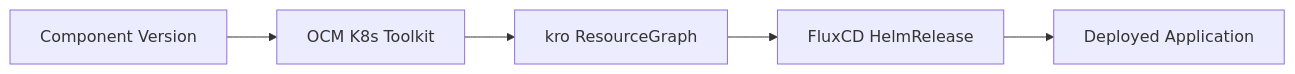
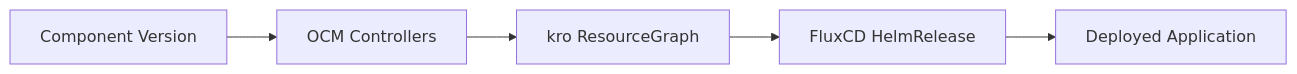
The diagram in content/docs/getting-started/deploy-helm-chart.md (open-component-model/ocm-website), drawn with Mermaid before and after one commit. The commit also changed other lines of this file and 1 other file, not shown here.

First line of the commit message:
adopt toolkit to controller

````diff
--- a/content/docs/getting-started/deploy-helm-chart.md
+++ b/content/docs/getting-started/deploy-helm-chart.md
@@ -13,7 +13,7 @@
 ```mermaid
 flowchart LR
-    A[Component Version] --> B[OCM K8s Toolkit]
+    A[Component Version] --> B[OCM Controllers]
     B --> C[kro ResourceGraph]
     C --> D[FluxCD HelmRelease]
     D --> E[Deployed Application]
 ```
````
